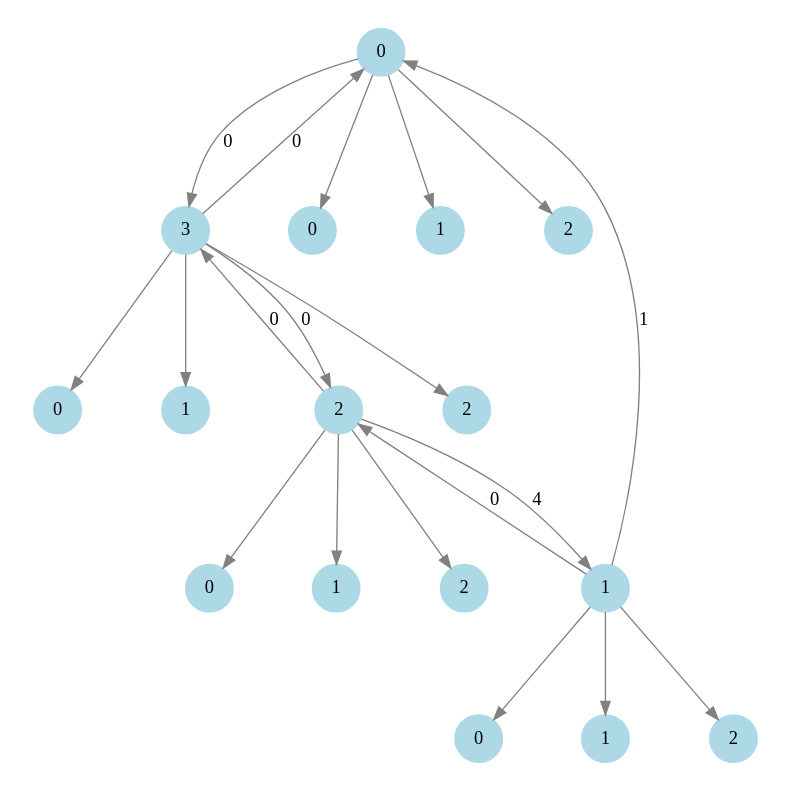
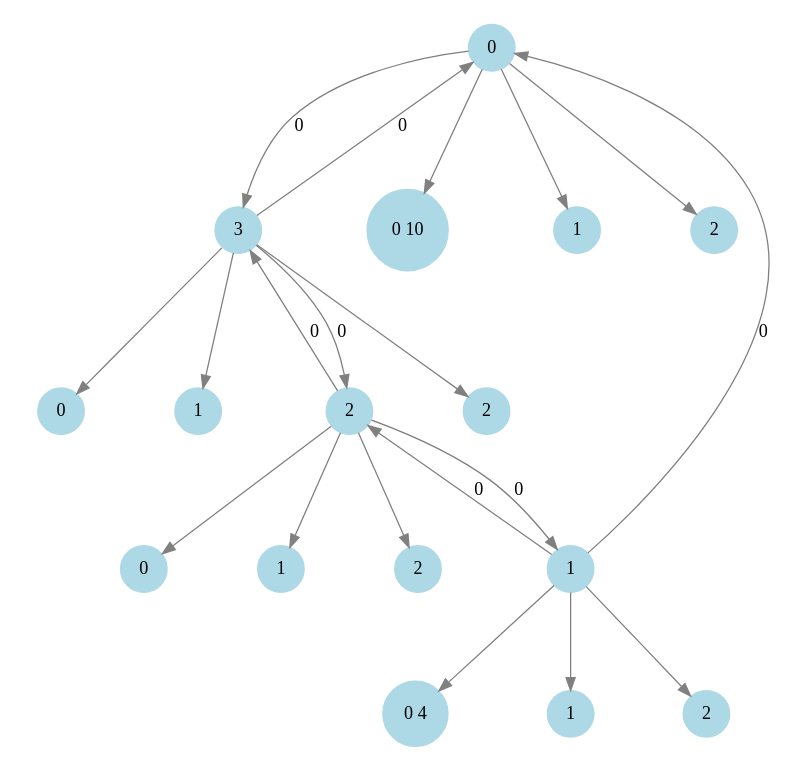
Before and after one commit to Fede108/Algoritmos-y-estructura-de-Datos: the diagram in Trabajo_Final/src/grafo.dot, drawn with Graphviz. The commit also changed 8 other files, not shown here.

```diff
--- a/Trabajo_Final/src/grafo.dot
+++ b/Trabajo_Final/src/grafo.dot
@@ -1,37 +1,37 @@
 digraph G {
     node [shape=circle, style=filled, color=lightblue];
     edge [color=gray, penwidth=1];
     size="8,8";
     ratio="fill";
     0 -> 3 [label="0"];
     0 -> 00;
-    00 [label="0"];
+    00 [label="0 10"];
     0 -> 10;
     10 [label="1"];
     0 -> 20;
     20 [label="2"];
-    1 -> 0 [label="1"];
+    1 -> 0 [label="0"];
     1 -> 2 [label="0"];
     1 -> 01;
-    01 [label="0"];
+    01 [label="0 4"];
     1 -> 11;
     11 [label="1"];
     1 -> 21;
     21 [label="2"];
-    2 -> 1 [label="4"];
+    2 -> 1 [label="0"];
     2 -> 3 [label="0"];
     2 -> 02;
     02 [label="0"];
     2 -> 12;
     12 [label="1"];
     2 -> 22;
     22 [label="2"];
     3 -> 0 [label="0"];
     3 -> 2 [label="0"];
     3 -> 03;
     03 [label="0"];
     3 -> 13;
     13 [label="1"];
     3 -> 23;
     23 [label="2"];
 }
```
